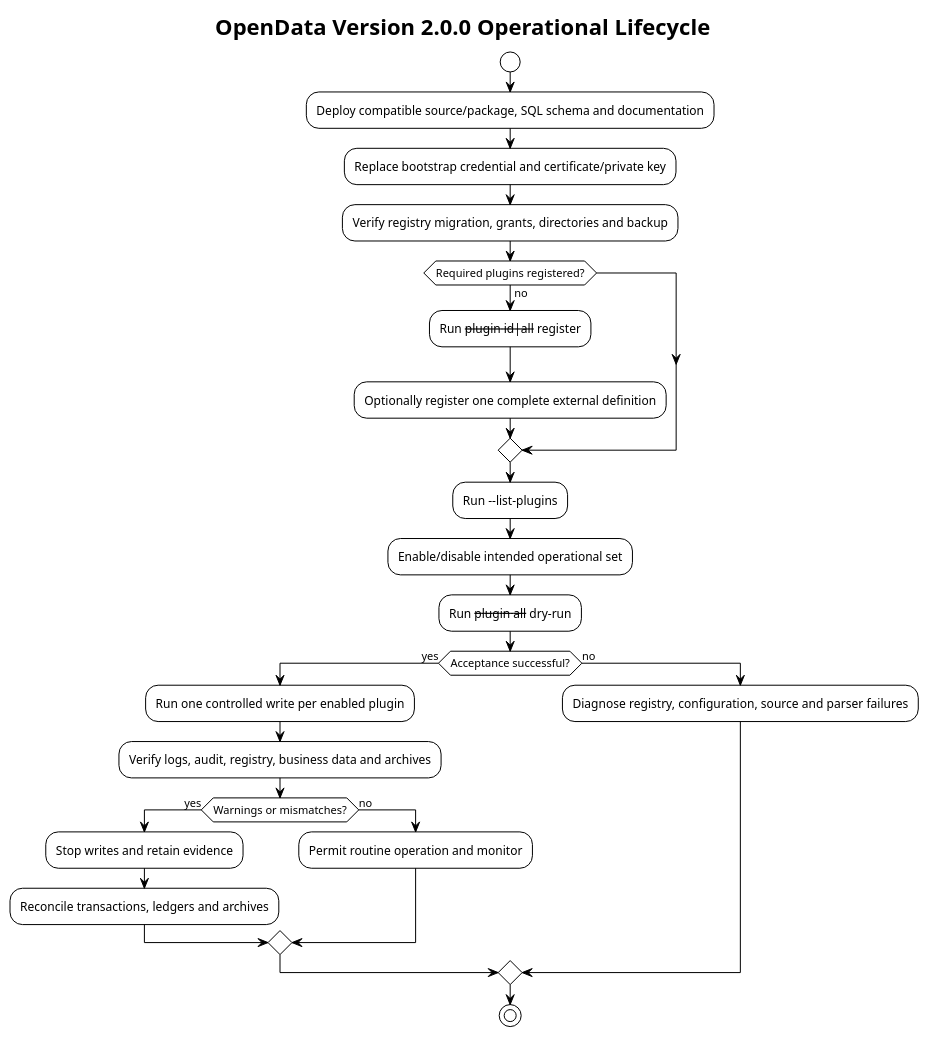
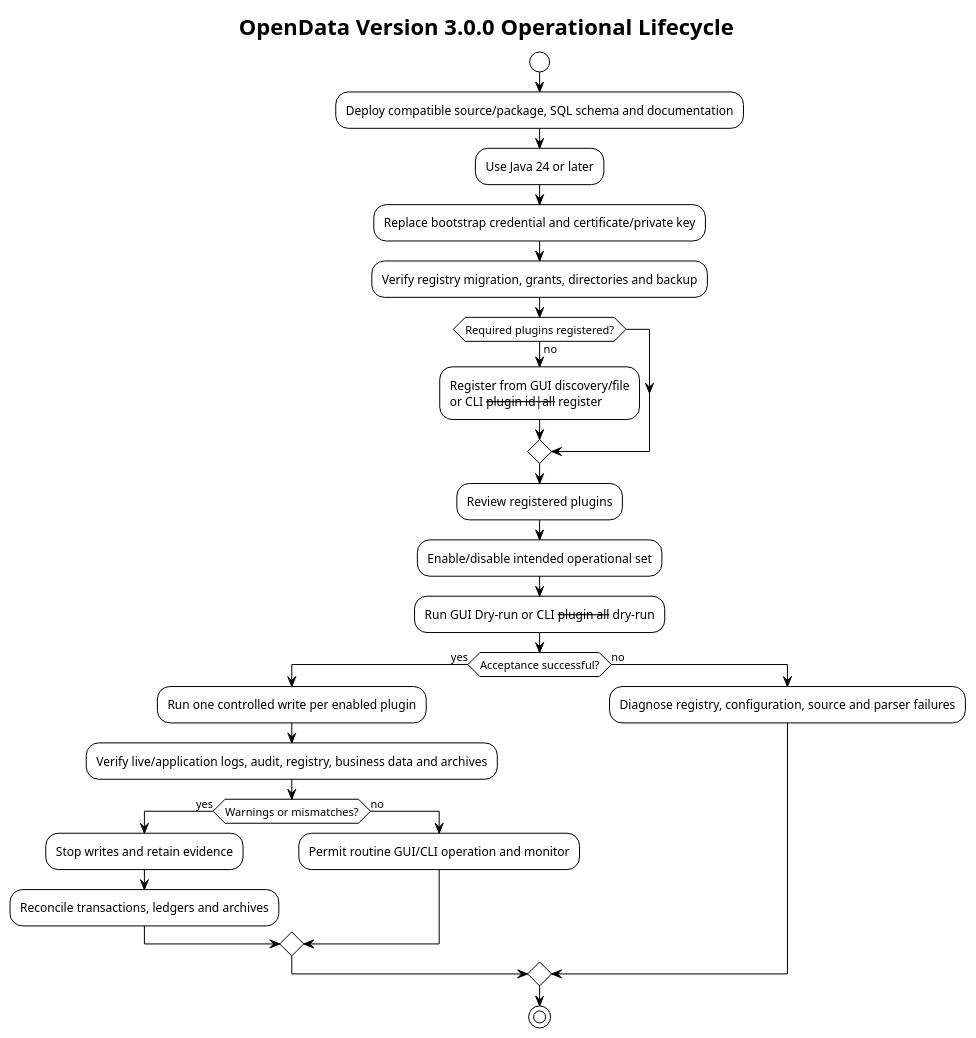
Before and after one commit to TerryCurranZellis/OpenData: the diagram in docs/diagrams/source/operational-lifecycle.puml, drawn with PlantUML. The commit also changed 268 other files, not shown here.

```diff
--- a/docs/diagrams/source/operational-lifecycle.puml
+++ b/docs/diagrams/source/operational-lifecycle.puml
@@ -1,28 +1,29 @@
 @startuml
 !theme plain
-title OpenData Version 2.0.0 Operational Lifecycle
+title OpenData Version 3.0.0 Operational Lifecycle
 start
 :Deploy compatible source/package, SQL schema and documentation;
+:Use Java 24 or later;
 :Replace bootstrap credential and certificate/private key;
 :Verify registry migration, grants, directories and backup;
 if (Required plugins registered?) then (no)
-  :Run --plugin id|all --register;
-  :Optionally register one complete external definition;
+  :Register from GUI discovery/file
+or CLI --plugin id|all --register;
 endif
-:Run --list-plugins;
+:Review registered plugins;
 :Enable/disable intended operational set;
-:Run --plugin all --dry-run;
+:Run GUI Dry-run or CLI --plugin all --dry-run;
 if (Acceptance successful?) then (yes)
   :Run one controlled write per enabled plugin;
-  :Verify logs, audit, registry, business data and archives;
+  :Verify live/application logs, audit, registry, business data and archives;
   if (Warnings or mismatches?) then (yes)
     :Stop writes and retain evidence;
     :Reconcile transactions, ledgers and archives;
   else (no)
-    :Permit routine operation and monitor;
+    :Permit routine GUI/CLI operation and monitor;
   endif
 else (no)
   :Diagnose registry, configuration, source and parser failures;
 endif
 stop
 @enduml
```
